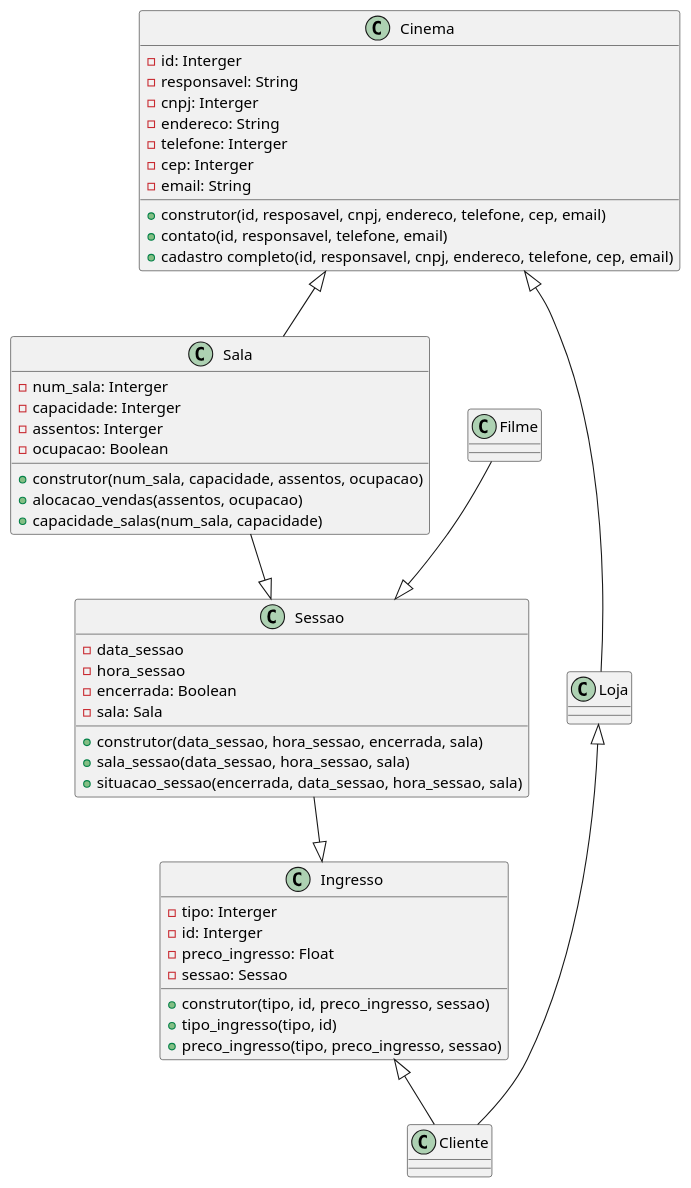
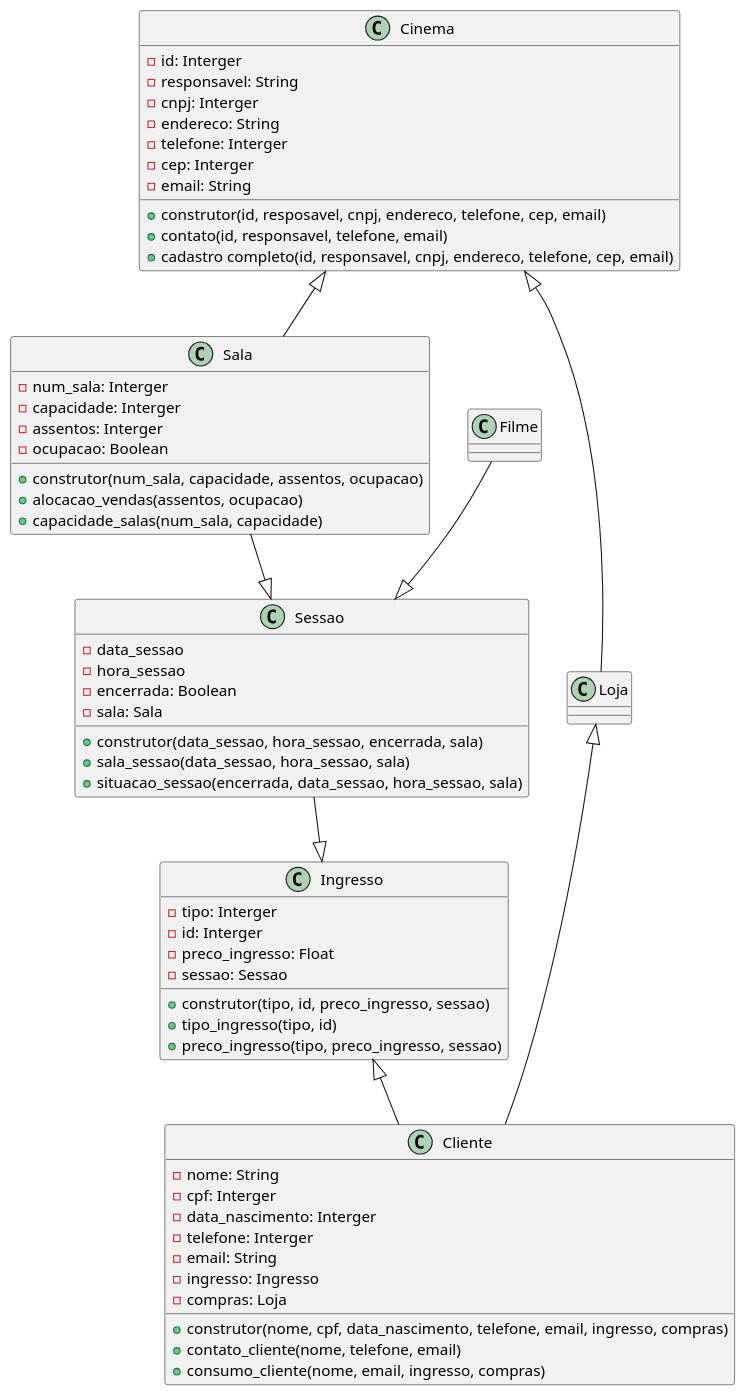
The diagram in Diagrama de Classes.plantuml (anleaes/2023-1-N1-POO-01), drawn with PlantUML before and after one commit.

Commit message:
incluindo cliente

```diff
--- a/Diagrama de Classes.plantuml
+++ b/Diagrama de Classes.plantuml
@@ -1,53 +1,66 @@
 @startuml Diagrama Herança Cinema - Grupo 1
 
 class Cinema {
     - id: Interger
     - responsavel: String
     - cnpj: Interger 
     - endereco: String
     - telefone: Interger
     - cep: Interger
     - email: String
     + construtor(id, resposavel, cnpj, endereco, telefone, cep, email)
     + contato(id, responsavel, telefone, email)
     + cadastro completo(id, responsavel, cnpj, endereco, telefone, cep, email)
 }
 
 class Sala{
     - num_sala: Interger
     - capacidade: Interger
     - assentos: Interger
     - ocupacao: Boolean
     + construtor(num_sala, capacidade, assentos, ocupacao)
     + alocacao_vendas(assentos, ocupacao)
     + capacidade_salas(num_sala, capacidade)
 }
 
 class Sessao{
     - data_sessao
     - hora_sessao
     - encerrada: Boolean
     - sala: Sala
     + construtor(data_sessao, hora_sessao, encerrada, sala)
     + sala_sessao(data_sessao, hora_sessao, sala)
     + situacao_sessao(encerrada, data_sessao, hora_sessao, sala)    
 }
 
 class Ingresso {
     - tipo: Interger
     - id: Interger
     - preco_ingresso: Float
     - sessao: Sessao
     + construtor(tipo, id, preco_ingresso, sessao)
     + tipo_ingresso(tipo, id)
     + preco_ingresso(tipo, preco_ingresso, sessao)
 }
 
+class Cliente{
+    - nome: String
+    - cpf: Interger
+    - data_nascimento: Interger
+    - telefone: Interger
+    - email: String
+    - ingresso: Ingresso
+    - compras: Loja
+    + construtor(nome, cpf, data_nascimento, telefone, email, ingresso, compras)
+    + contato_cliente(nome, telefone, email)
+    + consumo_cliente(nome, email, ingresso, compras)    
+}
+
 Cinema <|-- Sala
 Sala --|> Sessao
 Filme --|> Sessao
 Ingresso <|-- Cliente
 Cinema <|-- Loja
 Loja <|-- Cliente
 Sessao --|> Ingresso
 @enduml
```
